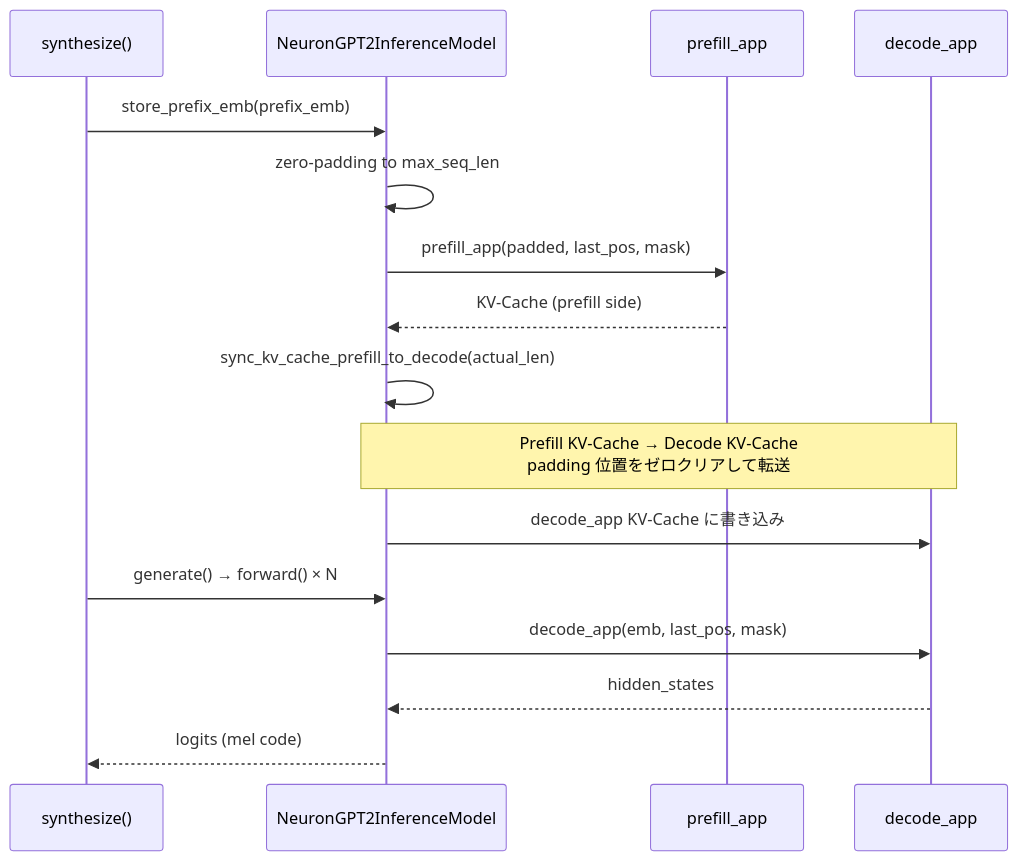
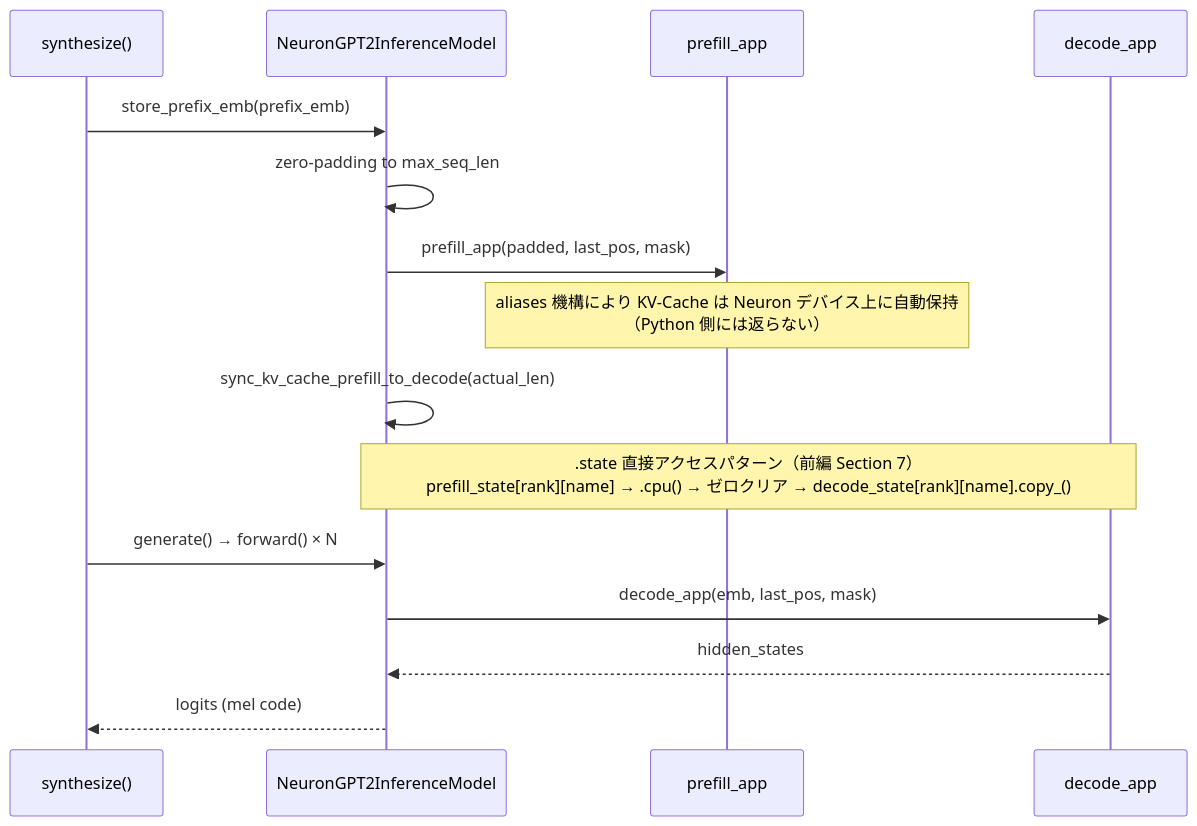
Before and after one commit to littlemex/zenn: the sixth of 6 diagrams in articles/ffc359901ea1cc.md, drawn with Mermaid. The commit also changed other lines of this file, not shown here.

````diff
--- a/articles/ffc359901ea1cc.md
+++ b/articles/ffc359901ea1cc.md
@@ -259,19 +392,18 @@
 ```mermaid
 sequenceDiagram
     participant S as synthesize()
     participant B as NeuronGPT2InferenceModel
     participant P as prefill_app
     participant D as decode_app
 
     S->>B: store_prefix_emb(prefix_emb)
     B->>B: zero-padding to max_seq_len
     B->>P: prefill_app(padded, last_pos, mask)
-    P-->>B: KV-Cache (prefill side)
+    Note over P: aliases 機構により KV-Cache は Neuron デバイス上に自動保持<br/>（Python 側には返らない）
     B->>B: sync_kv_cache_prefill_to_decode(actual_len)
-    Note over B,D: Prefill KV-Cache → Decode KV-Cache<br/>padding 位置をゼロクリアして転送
-    B->>D: decode_app KV-Cache に書き込み
+    Note over B,D: .state 直接アクセスパターン（前編 Section 7）<br/>prefill_state[rank][name] → .cpu() → ゼロクリア → decode_state[rank][name].copy_()
     S->>B: generate() → forward() × N
     B->>D: decode_app(emb, last_pos, mask)
     D-->>B: hidden_states
     B-->>S: logits (mel code)
 ```
````
